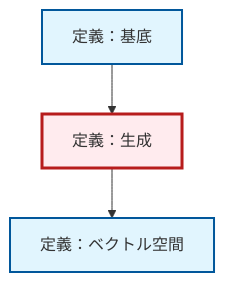
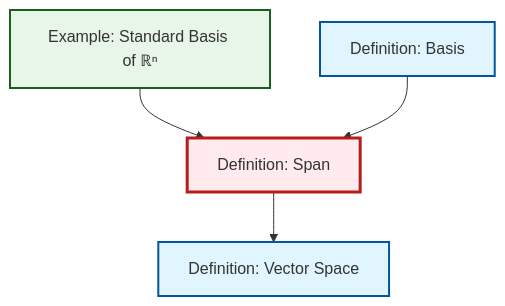
One commit to RK0429/ModernMath changed the diagram in content/ja/algebra/def-span.qmd. Above: the diagram before and after it, drawn with Mermaid. The commit also changed 203 other files, not shown here.

````diff
--- a/content/ja/algebra/def-span.qmd
+++ b/content/ja/algebra/def-span.qmd
@@ -48,18 +48,17 @@
 ```{mermaid}
-%%| fig-cap: "局所依存関係グラフ"
+%%| fig-cap: "Local dependency graph"
 graph TD
     classDef definition fill:#e1f5fe,stroke:#01579b,stroke-width:2px
     classDef theorem fill:#f3e5f5,stroke:#4a148c,stroke-width:2px
     classDef axiom fill:#fff3e0,stroke:#e65100,stroke-width:2px
     classDef example fill:#e8f5e9,stroke:#1b5e20,stroke-width:2px
     classDef current fill:#ffebee,stroke:#b71c1c,stroke-width:3px
-    def-span["定義：生成"]:::definition
-    def-vector-space["定義：ベクトル空間"]:::definition
-    def-basis["定義：基底"]:::definition
+    def-span["Definition: Span"]:::definition
+    ex-standard-basis-rn["Example: Standard Basis of ℝⁿ"]:::example
+    def-vector-space["Definition: Vector Space"]:::definition
+    def-basis["Definition: Basis"]:::definition
     def-span --> def-vector-space
+    ex-standard-basis-rn --> def-span
     def-basis --> def-span
     class def-span current
-
-    click def-vector-space "def-vector-space.html" "Go to 定義：ベクトル空間"
-    click def-basis "def-basis.html" "Go to 定義：基底"
 ```
````
